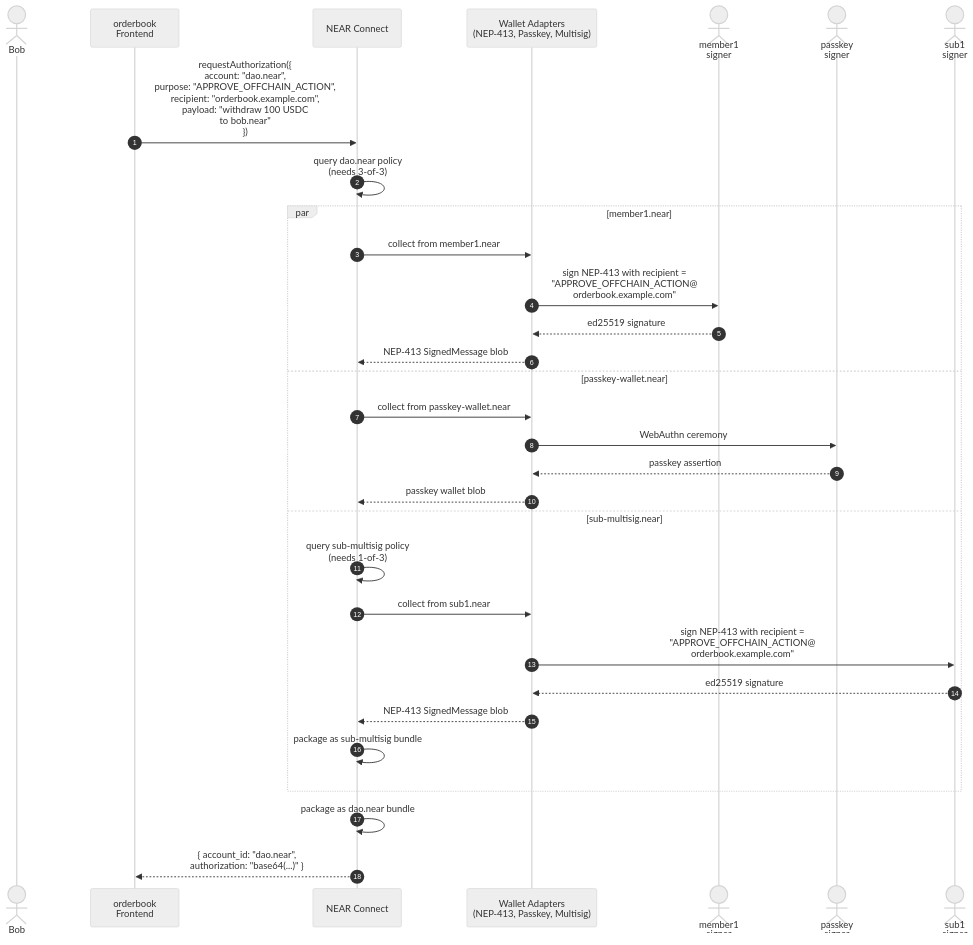
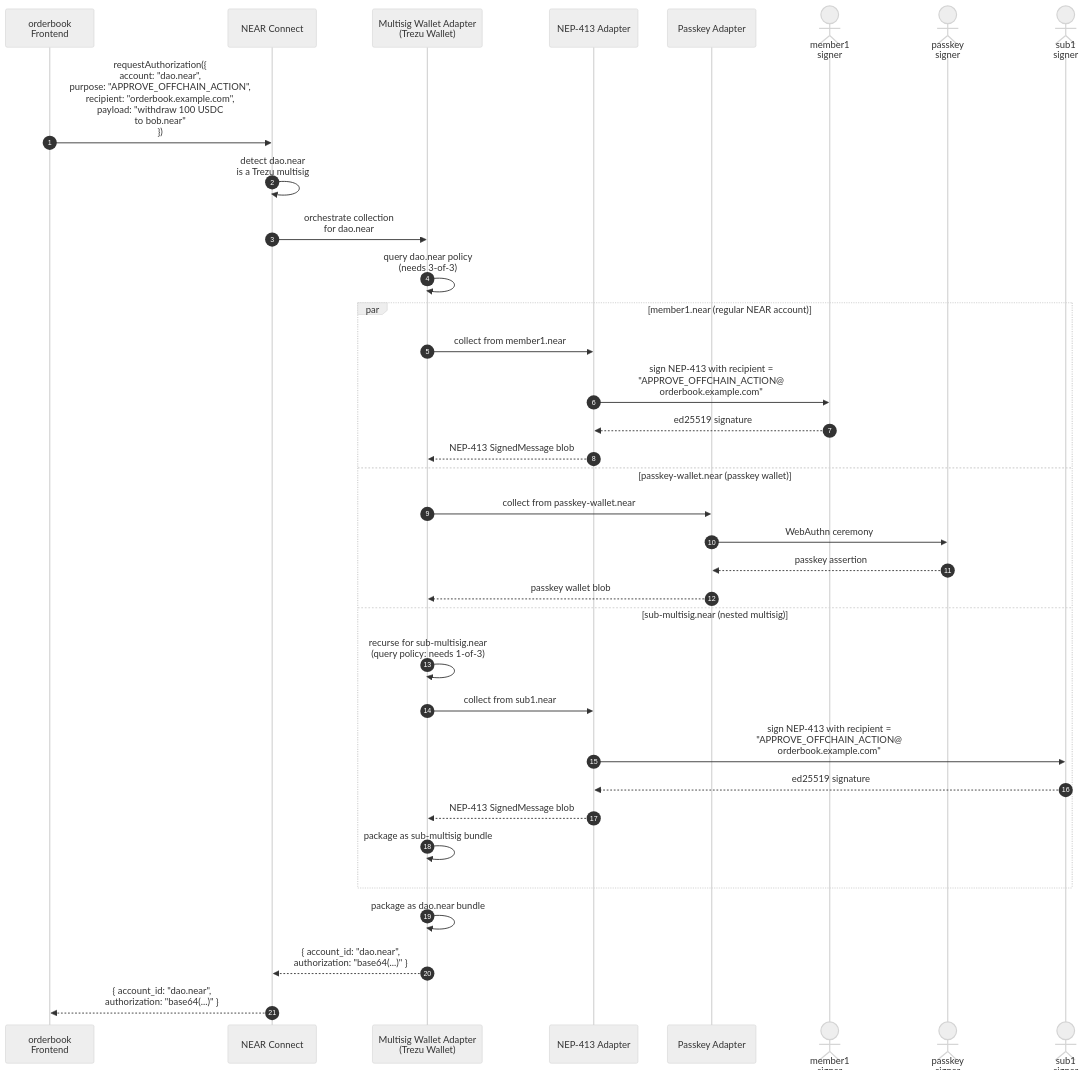
Before and after one commit to near/NEPs: the third of 4 diagrams in neps/nep-0641.md, drawn with Mermaid (neutral theme). The commit also changed other lines of this file, not shown here.

Commit message:
Revise NEAR account ID format and wallet contract references
Updated NEAR account ID format in protocol flows and diagrams to reflect the use of deterministic account IDs. Adjusted references to wallet contracts and authorization processes accordingly.

````diff
--- a/neps/nep-0641.md
+++ b/neps/nep-0641.md
@@ -542,37 +544,42 @@
 ```mermaid
 sequenceDiagram
     autonumber
-    actor Bob
     participant FE as orderbook<br/>Frontend
     participant NC as NEAR Connect
-    participant Adapters as Wallet Adapters<br/>(NEP-413, Passkey, Multisig)
+    participant MS as Multisig Wallet Adapter<br/>(Trezu Wallet)
+    participant N413 as NEP-413 Adapter
+    participant PK as Passkey Adapter
     actor M1User as member1<br/>signer
     actor M2User as passkey<br/>signer
     actor S1User as sub1<br/>signer
 
     FE->>NC: requestAuthorization({<br/>  account: "dao.near",<br/>  purpose: "APPROVE_OFFCHAIN_ACTION",<br/>  recipient: "orderbook.example.com",<br/>  payload: "withdraw 100 USDC<br/>to bob.near"<br/>})
 
-    NC->>NC: query dao.near policy<br/>(needs 3-of-3)
+    NC->>NC: detect dao.near<br/>is a Trezu multisig
+    NC->>MS: orchestrate collection<br/>for dao.near
 
-    par member1.near
-        NC->>Adapters: collect from member1.near
-        Adapters->>M1User: sign NEP-413 with recipient =<br/>"APPROVE_OFFCHAIN_ACTION@<br/>orderbook.example.com"
-        M1User-->>Adapters: ed25519 signature
-        Adapters-->>NC: NEP-413 SignedMessage blob
-    and passkey-wallet.near
-        NC->>Adapters: collect from passkey-wallet.near
-        Adapters->>M2User: WebAuthn ceremony
-        M2User-->>Adapters: passkey assertion
-        Adapters-->>NC: passkey wallet blob
-    and sub-multisig.near
-        NC->>NC: query sub-multisig policy<br/>(needs 1-of-3)
-        NC->>Adapters: collect from sub1.near
-        Adapters->>S1User: sign NEP-413 with recipient =<br/>"APPROVE_OFFCHAIN_ACTION@<br/>orderbook.example.com"
-        S1User-->>Adapters: ed25519 signature
-        Adapters-->>NC: NEP-413 SignedMessage blob
-        NC->>NC: package as sub-multisig bundle
+    MS->>MS: query dao.near policy<br/>(needs 3-of-3)
+
+    par member1.near (regular NEAR account)
+        MS->>N413: collect from member1.near
+        N413->>M1User: sign NEP-413 with recipient =<br/>"APPROVE_OFFCHAIN_ACTION@<br/>orderbook.example.com"
+        M1User-->>N413: ed25519 signature
+        N413-->>MS: NEP-413 SignedMessage blob
+    and passkey-wallet.near (passkey wallet)
+        MS->>PK: collect from passkey-wallet.near
+        PK->>M2User: WebAuthn ceremony
+        M2User-->>PK: passkey assertion
+        PK-->>MS: passkey wallet blob
+    and sub-multisig.near (nested multisig)
+        MS->>MS: recurse for sub-multisig.near<br/>(query policy: needs 1-of-3)
+        MS->>N413: collect from sub1.near
+        N413->>S1User: sign NEP-413 with recipient =<br/>"APPROVE_OFFCHAIN_ACTION@<br/>orderbook.example.com"
+        S1User-->>N413: ed25519 signature
+        N413-->>MS: NEP-413 SignedMessage blob
+        MS->>MS: package as sub-multisig bundle
     end
 
-    NC->>NC: package as dao.near bundle
+    MS->>MS: package as dao.near bundle
+    MS-->>NC: { account_id: "dao.near",<br/>  authorization: "base64(...)" }
     NC-->>FE: { account_id: "dao.near",<br/>  authorization: "base64(...)" }
 ```
````
